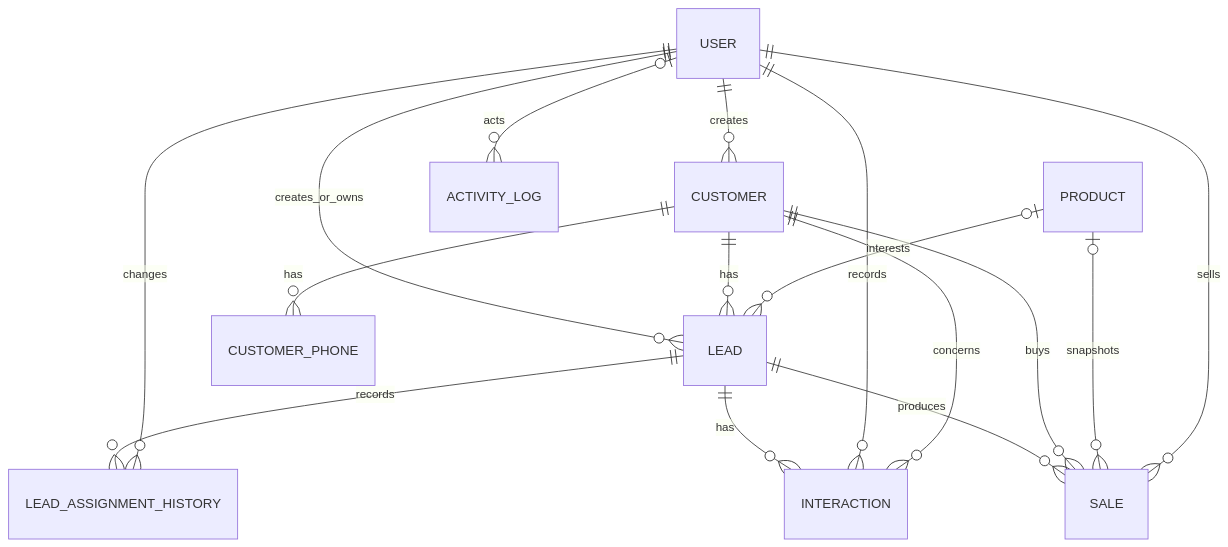
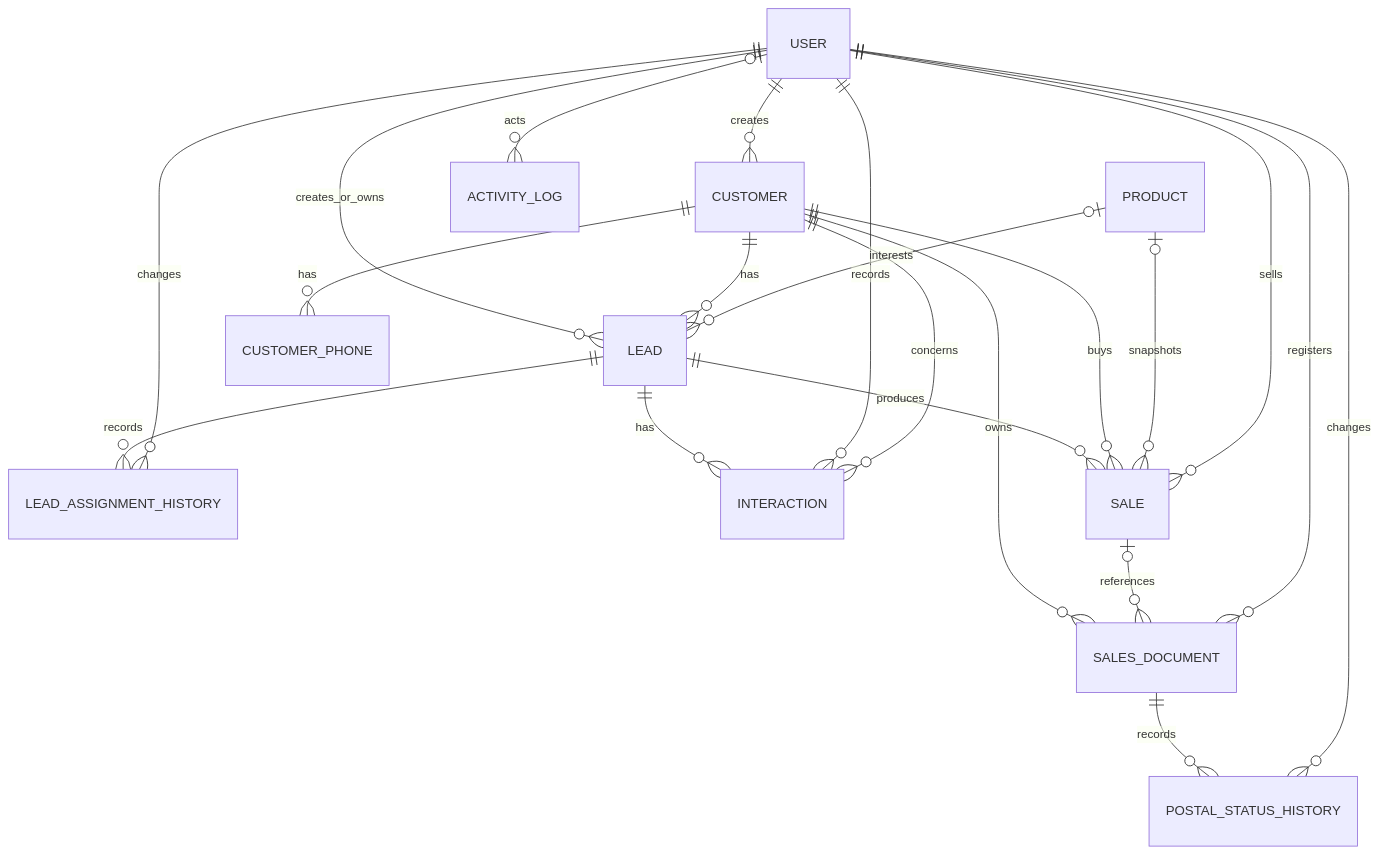
The diagram in docs/backend/ERD.mmd (Ilia-Shakeri/Dolphin), drawn with Mermaid before and after one commit. The commit also changed other lines of this file and 53 other files, not shown here.

First line of the commit message:
feat: Add Sales Document and Postal Status History models with related views and API endpoints

```diff
--- a/docs/backend/ERD.mmd
+++ b/docs/backend/ERD.mmd
@@ -1,16 +1,21 @@
 erDiagram
     USER ||--o{ CUSTOMER : creates
     USER ||--o{ LEAD : creates_or_owns
     CUSTOMER ||--o{ CUSTOMER_PHONE : has
     CUSTOMER ||--o{ LEAD : has
     PRODUCT o|--o{ LEAD : interests
     LEAD ||--o{ LEAD_ASSIGNMENT_HISTORY : records
     USER ||--o{ LEAD_ASSIGNMENT_HISTORY : changes
     LEAD ||--o{ INTERACTION : has
     USER ||--o{ INTERACTION : records
     CUSTOMER ||--o{ INTERACTION : concerns
     LEAD ||--o{ SALE : produces
     CUSTOMER ||--o{ SALE : buys
     PRODUCT o|--o{ SALE : snapshots
     USER ||--o{ SALE : sells
+    CUSTOMER ||--o{ SALES_DOCUMENT : owns
+    SALE o|--o{ SALES_DOCUMENT : references
+    USER ||--o{ SALES_DOCUMENT : registers
+    SALES_DOCUMENT ||--o{ POSTAL_STATUS_HISTORY : records
+    USER ||--o{ POSTAL_STATUS_HISTORY : changes
     USER o|--o{ ACTIVITY_LOG : acts
```
